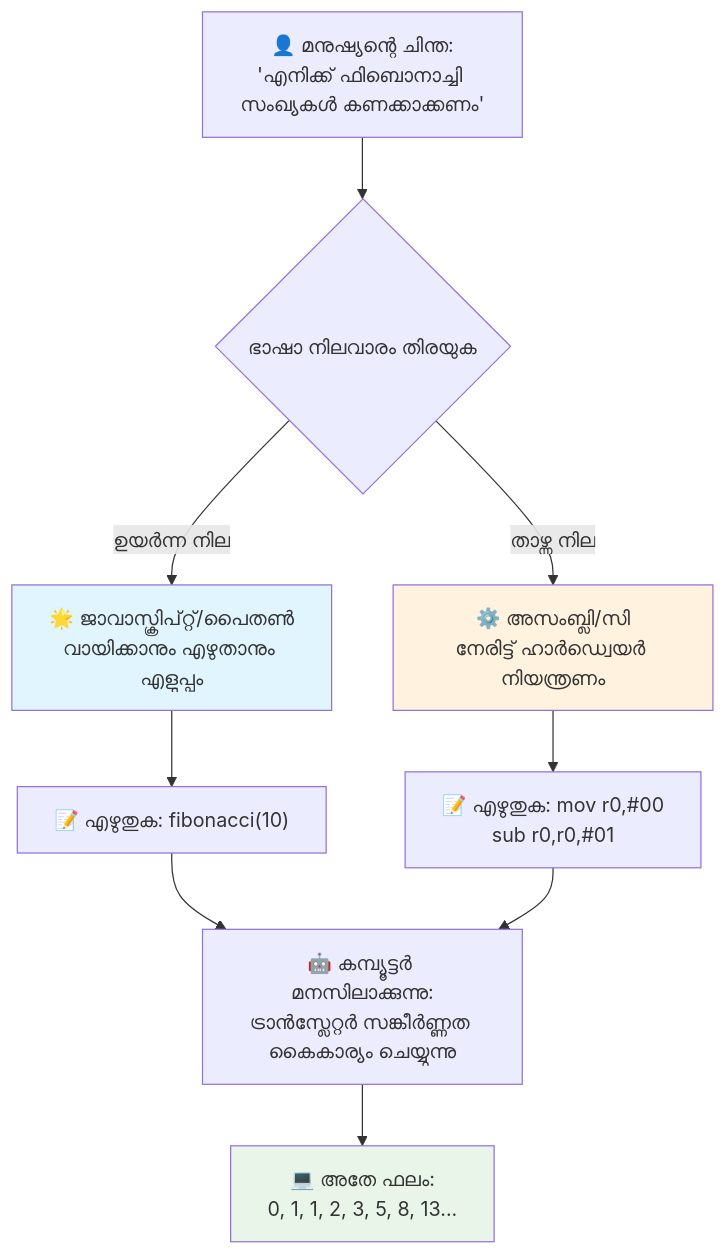
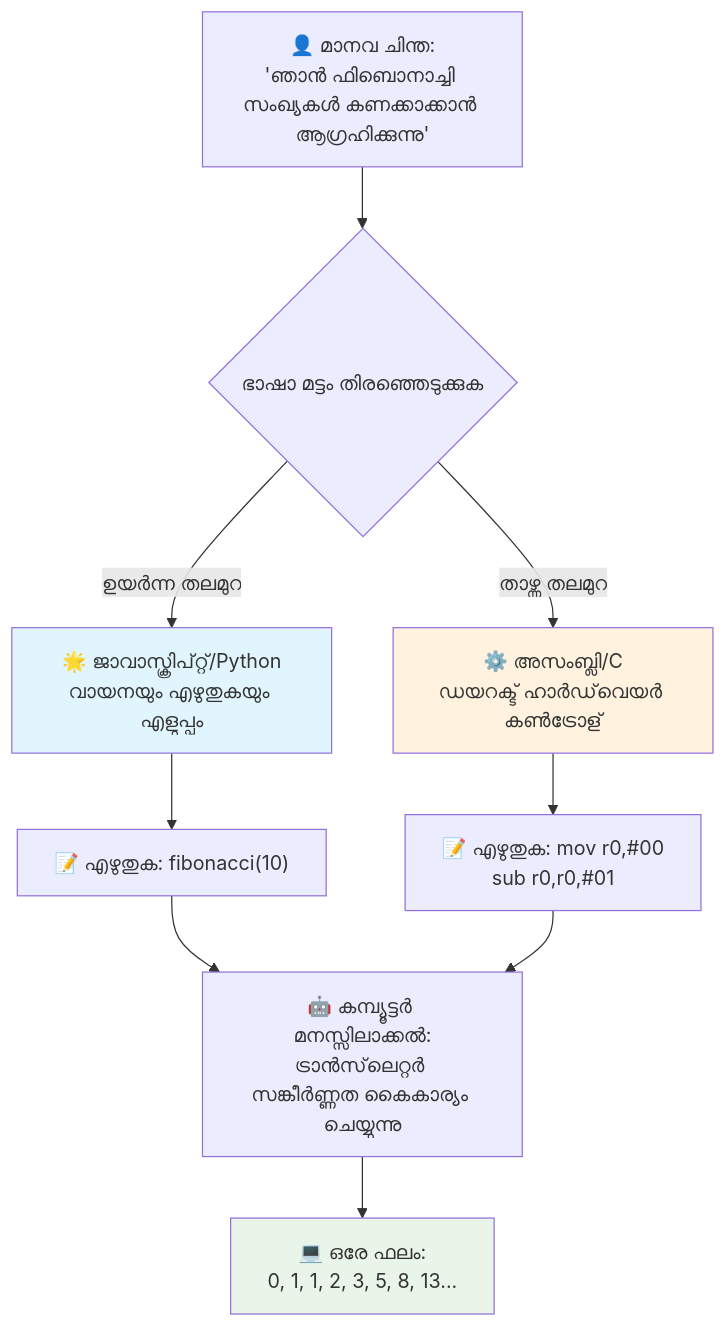
The third of 7 diagrams in translations/ml/1-getting-started-lessons/1-intro-to-programming-languages/README.md (microsoft/Web-Dev-For-Beginners), drawn with Mermaid before and after one commit. The commit also changed other lines of this file and 13 other files, not shown here.

````diff
--- a/translations/ml/1-getting-started-lessons/1-intro-to-programming-languages/README.md
+++ b/translations/ml/1-getting-started-lessons/1-intro-to-programming-languages/README.md
@@ -148,19 +151,19 @@
 ```mermaid
 flowchart TB
-    A["👤 മനുഷ്യന്റെ ചിന്ത:<br/>'എനിക്ക് ഫിബൊനാച്ചി സംഖ്യകൾ കണക്കാക്കണം'"] --> B{ഭാഷാ നിലവാരം തിരയുക}
+    A["👤 മാനവ ചിന്ത:<br/>'ഞാൻ ഫിബൊനാച്ചി സംഖ്യകൾ കണക്കാക്കാൻ ആഗ്രഹിക്കുന്നു'"] --> B{ഭാഷാ മട്ടം തിരഞ്ഞെടുക്കുക}
     
-    B -->|ഉയർന്ന നില| C["🌟 ജാവാസ്ക്രിപ്റ്റ്/പൈതൺ<br/>വായിക്കാനും എഴുതാനും എളുപ്പം"]
-    B -->|താഴ്ന്ന നില| D["⚙️ അസംബ്ലി/സി<br/>നേരിട്ട് ഹാർഡ്വെയർ നിയന്ത്രണം"]
+    B -->|ഉയർന്ന തലമുറ| C["🌟 ജാവാസ്ക്രിപ്റ്റ്/Python<br/>വായനയും എഴുതുകയും എളുപ്പം"]
+    B -->|താഴ്ന്ന തലമുറ| D["⚙️ അസംബ്ലി/C<br/>ഡയറക്ട് ഹാർഡ്‌വെയർ കൺട്രോള്"]
     
     C --> E["📝 എഴുതുക: fibonacci(10)"]
     D --> F["📝 എഴുതുക: mov r0,#00<br/>sub r0,r0,#01"]
     
-    E --> G["🤖 കമ്പ്യൂട്ടർ മനസിലാക്കുന്നു:<br/>ട്രാൻസ്ലേറ്റർ സങ്കീർണ്ണത കൈകാര്യം ചെയ്യുന്നു"]
+    E --> G["🤖 കമ്പ്യൂട്ടർ മനസ്സിലാക്കൽ:<br/>ട്രാൻസ്‌ലെറ്റർ സങ്കീർണ്ണത കൈകാര്യം ചെയ്യുന്നു"]
     F --> G
     
-    G --> H["💻 അതേ ഫലം:<br/>0, 1, 1, 2, 3, 5, 8, 13..."]
+    G --> H["💻 ഒരേ ഫലം:<br/>0, 1, 1, 2, 3, 5, 8, 13..."]
     
     style C fill:#e1f5fe
     style D fill:#fff3e0
     style H fill:#e8f5e8
 ```
````
